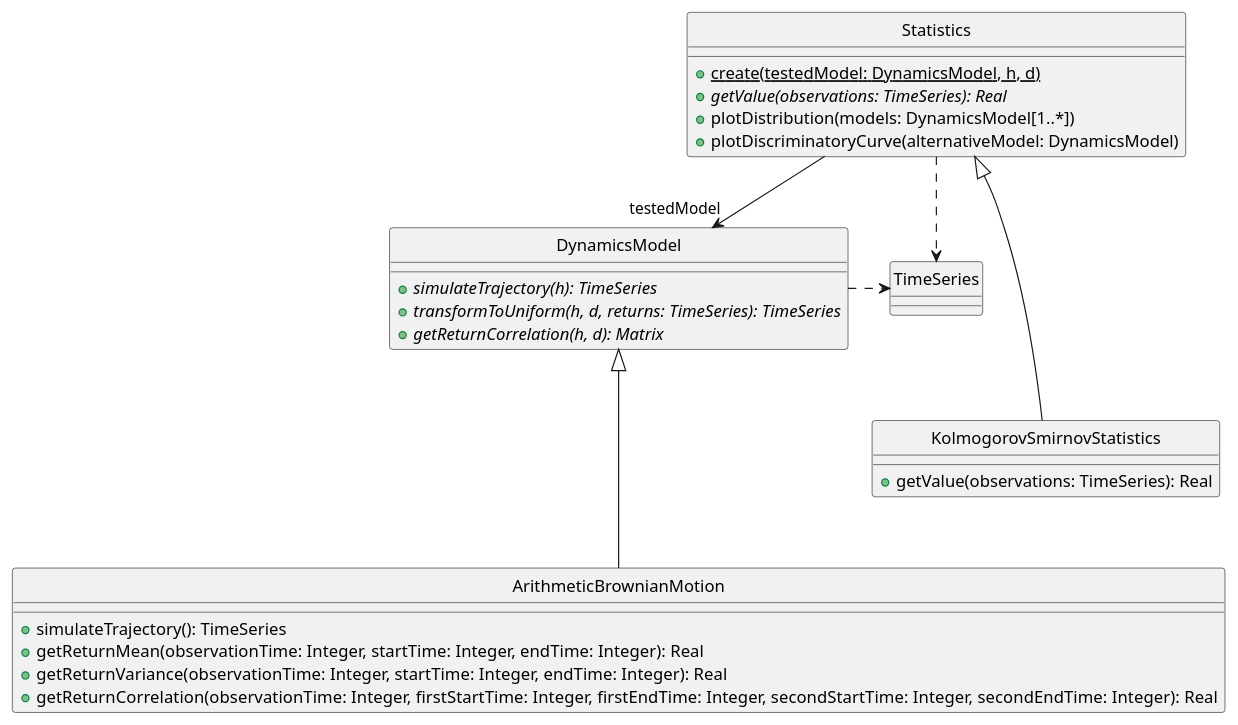
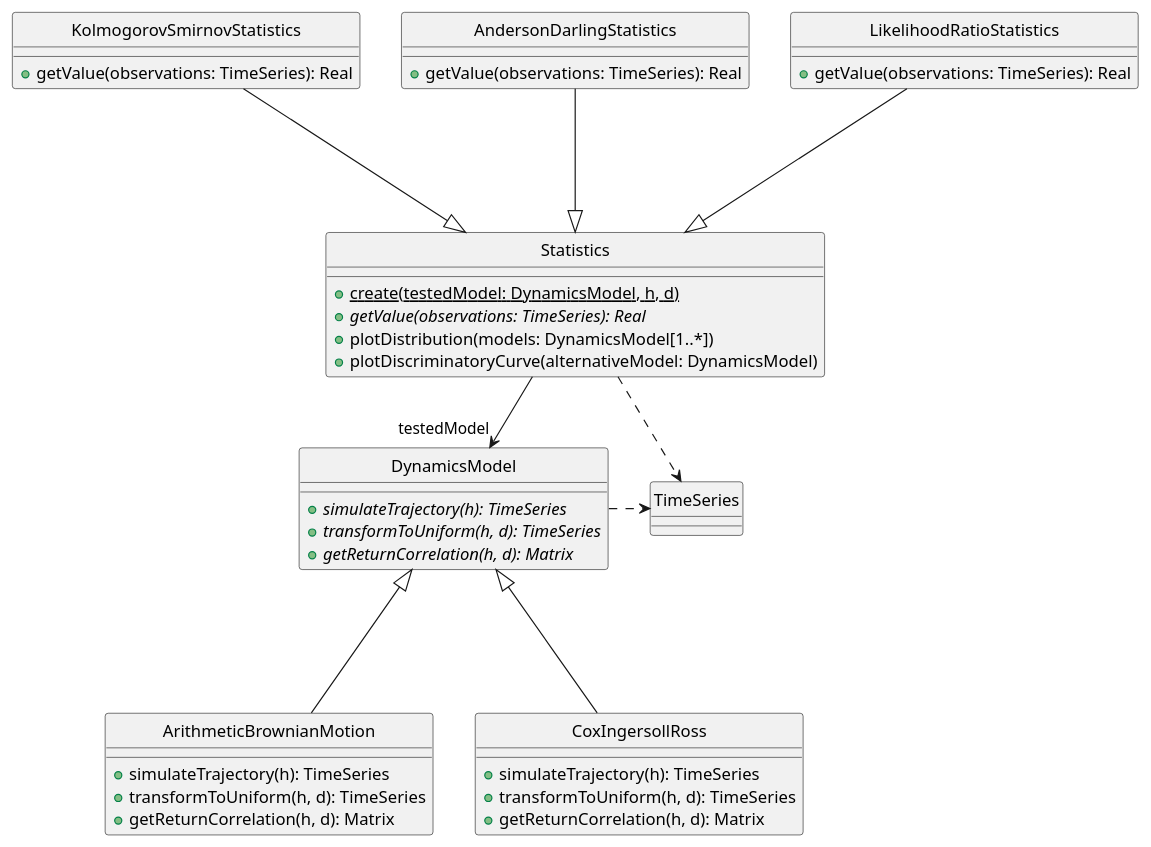
One commit to liappievaA/StatisticLib changed the diagram in StatisticsLib.puml. Above: the diagram before and after it, drawn with PlantUML.

Commit message:
Add minor design

```diff
--- a/StatisticsLib.puml
+++ b/StatisticsLib.puml
@@ -1,48 +1,69 @@
 @startuml
 hide circle
 
 
 class TimeSeries
 
 
 class DynamicsModel
 {
     {abstract} +simulateTrajectory(h): TimeSeries
-    {abstract} +transformToUniform(h, d, returns: TimeSeries): TimeSeries
+    {abstract} +transformToUniform(h, d): TimeSeries
     {abstract} +getReturnCorrelation(h, d): Matrix
 }
 
 DynamicsModel .> TimeSeries
 
 
 class ArithmeticBrownianMotion
 {
-    +simulateTrajectory(): TimeSeries
-    +getReturnMean(observationTime: Integer, startTime: Integer, endTime: Integer): Real
-    +getReturnVariance(observationTime: Integer, startTime: Integer, endTime: Integer): Real
-    +getReturnCorrelation(observationTime: Integer, firstStartTime: Integer, firstEndTime: Integer, secondStartTime: Integer, secondEndTime: Integer): Real
+    +simulateTrajectory(h): TimeSeries
+    +transformToUniform(h, d): TimeSeries
+    +getReturnCorrelation(h, d): Matrix
+}
+ArithmeticBrownianMotion -up--|> DynamicsModel
+
+class CoxIngersollRoss
+{
+    +simulateTrajectory(h): TimeSeries
+    +transformToUniform(h, d): TimeSeries
+    +getReturnCorrelation(h, d): Matrix
 }
 
-ArithmeticBrownianMotion -up--|> DynamicsModel
+CoxIngersollRoss -up--|> DynamicsModel
 
 
 class Statistics
 {
     {static} +create(testedModel: DynamicsModel, h, d)
     {abstract} +getValue(observations: TimeSeries): Real
     +plotDistribution(models: DynamicsModel[1..*])
     +plotDiscriminatoryCurve(alternativeModel: DynamicsModel)
 }
 
 Statistics --> "testedModel" DynamicsModel
 Statistics .> TimeSeries
 
 
 class KolmogorovSmirnovStatistics
 {
     +getValue(observations: TimeSeries): Real
 }
 
-KolmogorovSmirnovStatistics -up--|> Statistics
+KolmogorovSmirnovStatistics -down--|> Statistics
+
+class AndersonDarlingStatistics
+{
+    +getValue(observations: TimeSeries): Real
+}
+
+AndersonDarlingStatistics -down--|> Statistics
+
+class LikelihoodRatioStatistics
+{
+    +getValue(observations: TimeSeries): Real
+}
+
+LikelihoodRatioStatistics -down--|> Statistics
 
 @enduml
```
